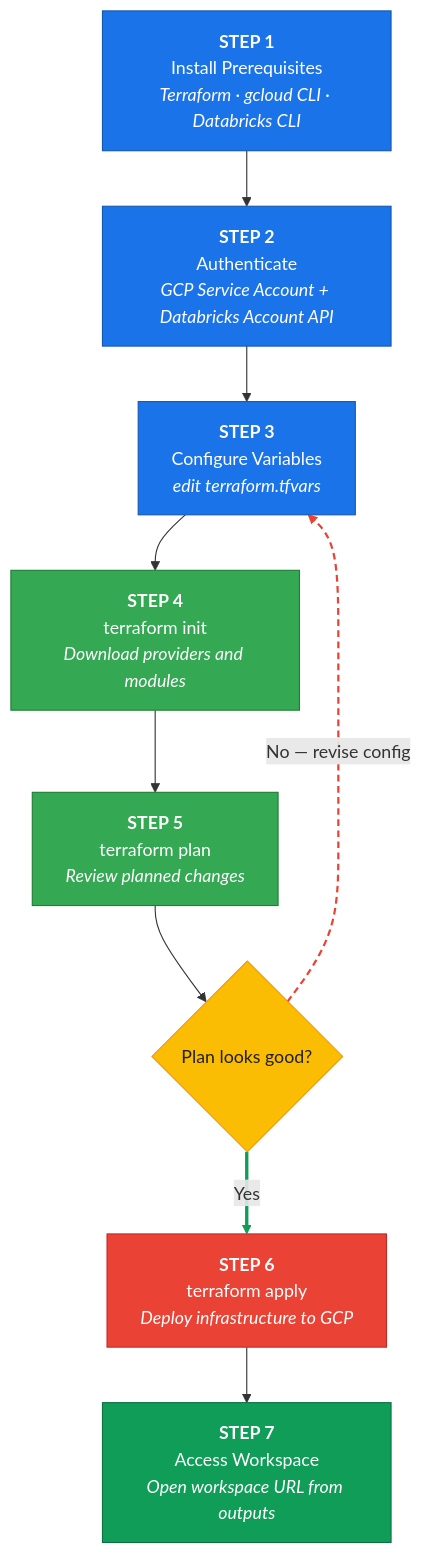
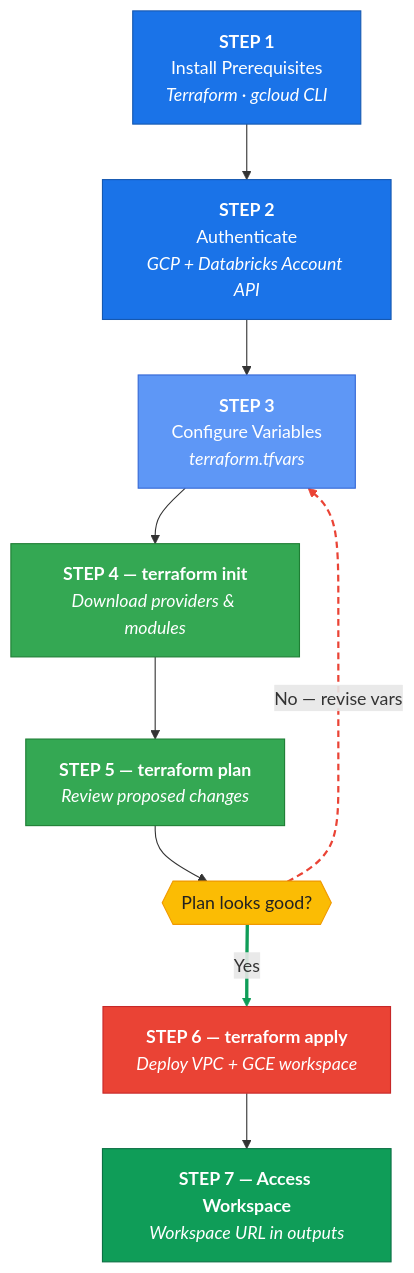
The diagram in images/workflow.mmd (juliandrof/terraform-databricks-gcp-cmvpc), drawn with Mermaid before and after one commit. The commit also changed 11 other files, not shown here.

First line of the commit message:
Migrate from GKE to GCE compute architecture

```diff
--- a/images/workflow.mmd
+++ b/images/workflow.mmd
@@ -1,30 +1,30 @@
 flowchart TD
-    S1["<b>STEP 1</b><br/>Install Prerequisites<br/><i>Terraform · gcloud CLI · Databricks CLI</i>"]
-    S2["<b>STEP 2</b><br/>Authenticate<br/><i>GCP Service Account + Databricks Account API</i>"]
-    S3["<b>STEP 3</b><br/>Configure Variables<br/><i>edit terraform.tfvars</i>"]
-    S4["<b>STEP 4</b><br/>terraform init<br/><i>Download providers and modules</i>"]
-    S5["<b>STEP 5</b><br/>terraform plan<br/><i>Review planned changes</i>"]
-    DEC{Plan looks good?}
-    S6["<b>STEP 6</b><br/>terraform apply<br/><i>Deploy infrastructure to GCP</i>"]
-    S7["<b>STEP 7</b><br/>Access Workspace<br/><i>Open workspace URL from outputs</i>"]
+    S1["<b>STEP 1</b><br/>Install Prerequisites<br/><i>Terraform · gcloud CLI</i>"]
+    S2["<b>STEP 2</b><br/>Authenticate<br/><i>GCP + Databricks Account API</i>"]
+    S3["<b>STEP 3</b><br/>Configure Variables<br/><i>terraform.tfvars</i>"]
+    S4["<b>STEP 4 — terraform init</b><br/><i>Download providers &amp; modules</i>"]
+    S5["<b>STEP 5 — terraform plan</b><br/><i>Review proposed changes</i>"]
+    DEC{{"Plan looks good?"}}
+    S6["<b>STEP 6 — terraform apply</b><br/><i>Deploy VPC + GCE workspace</i>"]
+    S7["<b>STEP 7 — Access Workspace</b><br/><i>Workspace URL in outputs</i>"]
 
     S1 --> S2
     S2 --> S3
     S3 --> S4
     S4 --> S5
     S5 --> DEC
-    DEC -->|Yes| S6
-    DEC -->|"No — revise config"| S3
+    DEC -->|"Yes"| S6
+    DEC -->|"No — revise vars"| S3
     S6 --> S7
 
     style S1 fill:#1A73E8,stroke:#1558B0,color:#FFFFFF
     style S2 fill:#1A73E8,stroke:#1558B0,color:#FFFFFF
-    style S3 fill:#1A73E8,stroke:#1558B0,color:#FFFFFF
+    style S3 fill:#5E97F6,stroke:#3367D6,color:#FFFFFF
     style S4 fill:#34A853,stroke:#1E7E34,color:#FFFFFF
     style S5 fill:#34A853,stroke:#1E7E34,color:#FFFFFF
     style DEC fill:#FBBC04,stroke:#F09900,color:#212121
     style S6 fill:#EA4335,stroke:#C62828,color:#FFFFFF
     style S7 fill:#0F9D58,stroke:#0B7043,color:#FFFFFF
 
     linkStyle 5 stroke:#0F9D58,stroke-width:3px
     linkStyle 6 stroke:#EA4335,stroke-width:2px,stroke-dasharray:6 4
```
